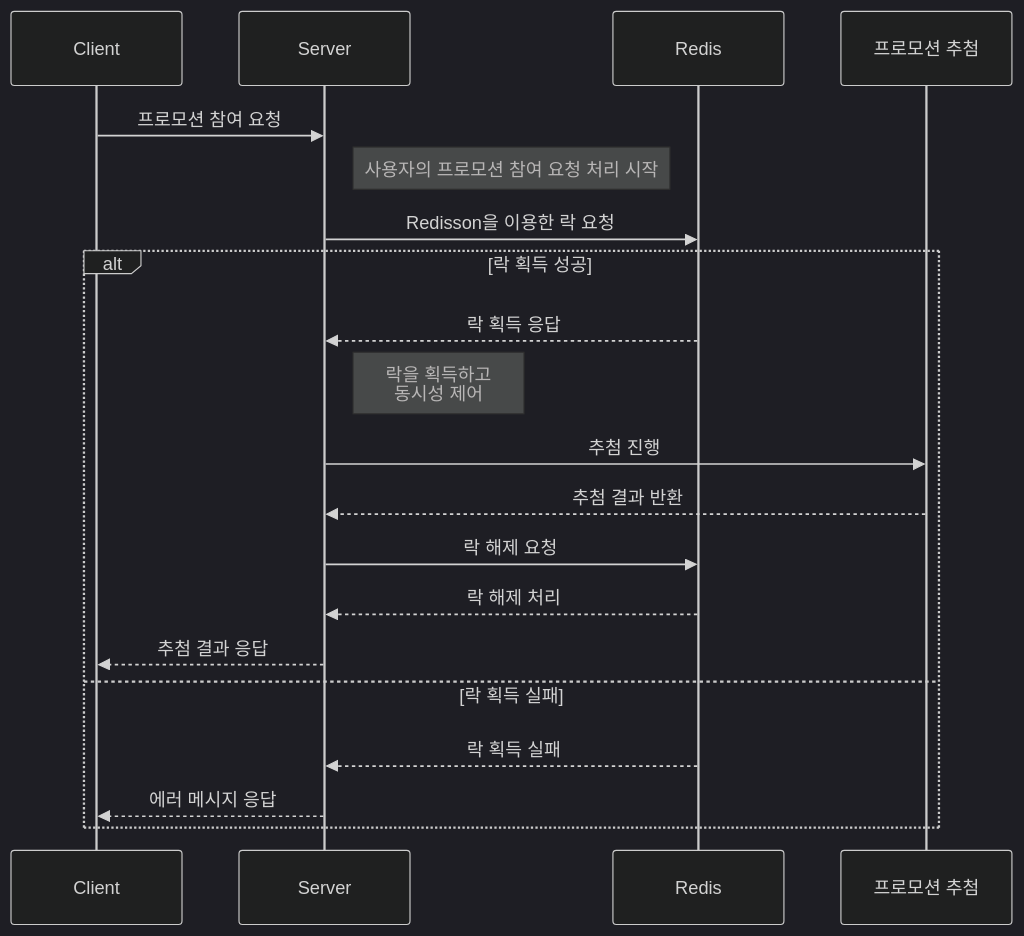
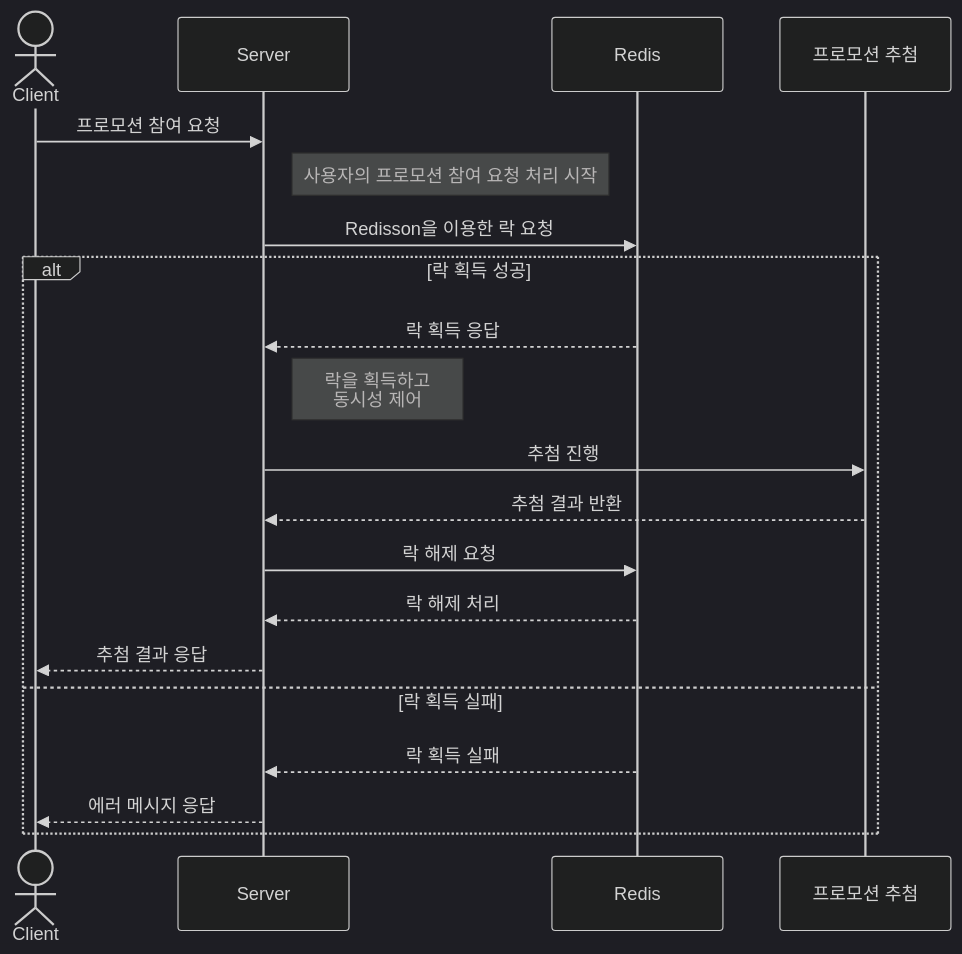
The diagram in README.md (topyheun/promotion), drawn with Mermaid (dark theme) before and after one commit.

````diff
--- a/README.md
+++ b/README.md
@@ -36,23 +36,23 @@
 ```mermaid
 sequenceDiagram
-    participant Client as Client
+    actor Client as Client
     participant Server as Server
     participant Redis as Redis
     participant 추첨로직 as 프로모션 추첨
     Client ->> Server: 프로모션 참여 요청
     Note right of Server: 사용자의 프로모션 참여 요청 처리 시작
     Server ->> Redis: Redisson을 이용한 락 요청
     alt 락 획득 성공
         Redis -->> Server: 락 획득 응답
         Note right of Server: 락을 획득하고<br/>동시성 제어
         Server ->> 추첨로직: 추첨 진행
         추첨로직 -->> Server: 추첨 결과 반환
         Server ->> Redis: 락 해제 요청
         Redis -->> Server: 락 해제 처리
         Server -->> Client: 추첨 결과 응답
     else 락 획득 실패
         Redis -->> Server: 락 획득 실패
         Server -->> Client: 에러 메시지 응답
     end
 
 ```
````
